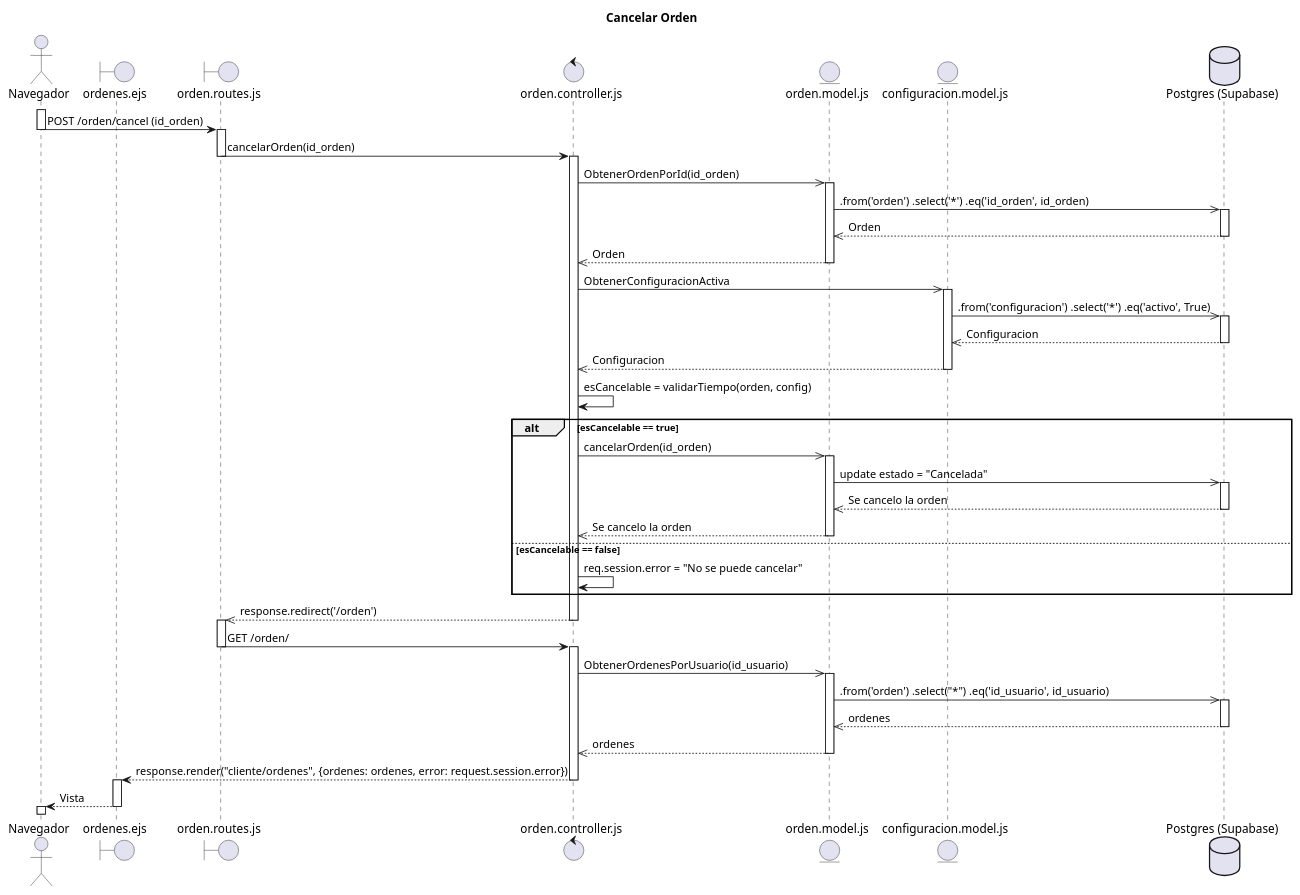
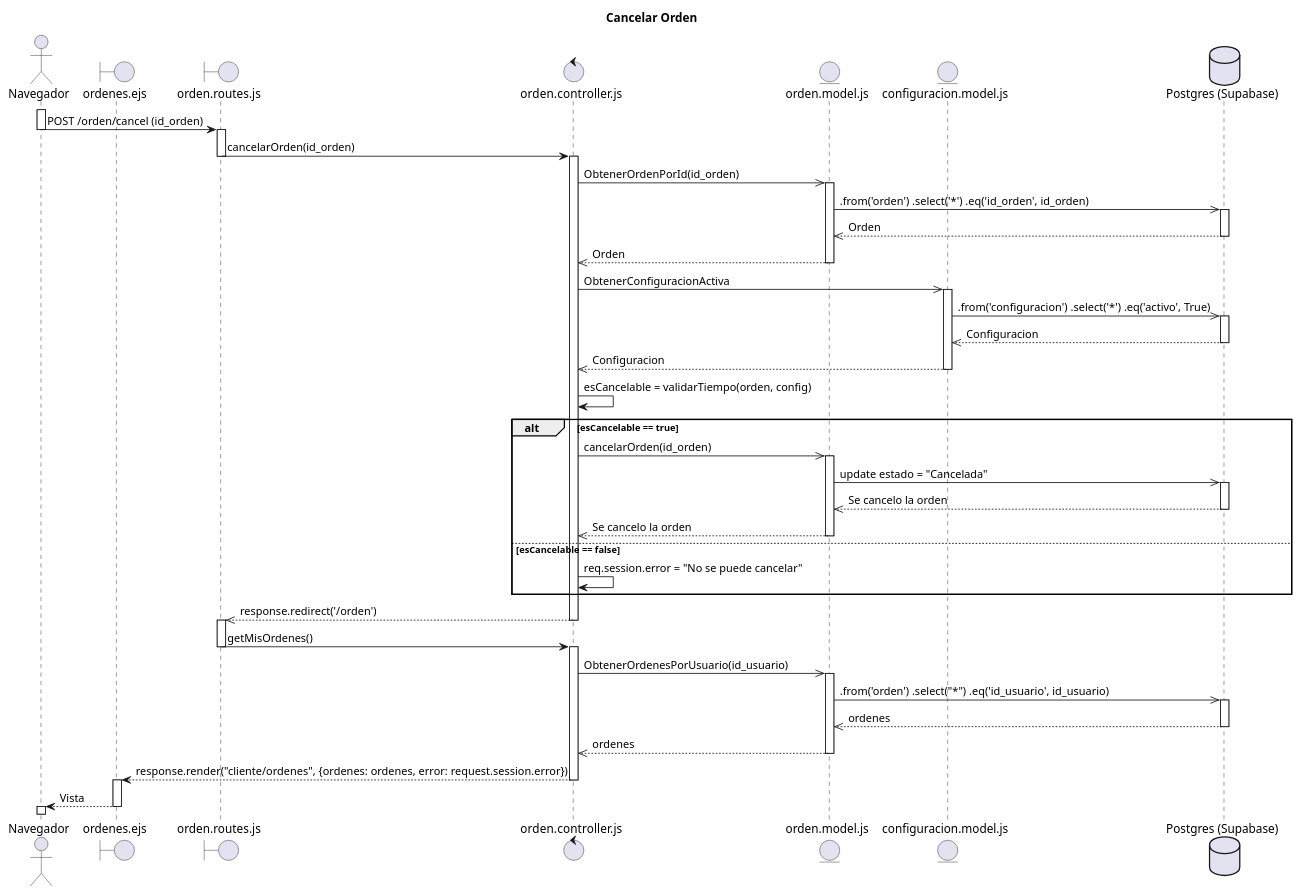
Before and after one commit to J24RM/Odysey_sistema_de_preventas: the diagram in Diagramas_Secuencia/Script/CancelarOrdenPropia.wsd, drawn with PlantUML. The commit also changed 1 other file, not shown here.

Commit message:
Se arreglo el diagrama de secuencia del CU Cancelar Orden

```diff
--- a/Diagramas_Secuencia/Script/CancelarOrdenPropia.wsd
+++ b/Diagramas_Secuencia/Script/CancelarOrdenPropia.wsd
@@ -1,73 +1,73 @@
 @startuml Agregar producto al carrito
 Title "Cancelar Orden"
 actor Navegador as nav
 boundary "ordenes.ejs" as UI
 boundary "orden.routes.js" as ruta
 control "orden.controller.js" as ctrl
 entity "orden.model.js" as model
 entity "configuracion.model.js" as model3
 database "Postgres (Supabase)" as DB
 
 activate nav
 nav -> ruta: POST /orden/cancel (id_orden)
 deactivate nav
 activate ruta
 ruta -> ctrl: cancelarOrden(id_orden)
 deactivate ruta
 activate ctrl
 ctrl ->> model: ObtenerOrdenPorId(id_orden)
 activate model
 model ->> DB: .from('orden') .select('*') .eq('id_orden', id_orden)
 activate DB
 DB -->> model: Orden
 deactivate DB
 model -->> ctrl: Orden
 deactivate model
 ctrl ->> model3: ObtenerConfiguracionActiva
 activate model3
 model3 ->> DB: .from('configuracion') .select('*') .eq('activo', True) 
 activate DB
 DB -->> model3: Configuracion
 deactivate DB
 model3 -->> ctrl: Configuracion
 deactivate model3
 
 ctrl -> ctrl: esCancelable = validarTiempo(orden, config)
 
 alt esCancelable == true
     ctrl ->> model: cancelarOrden(id_orden)
     activate model
     model ->> DB: update estado = "Cancelada"
     activate DB
     DB -->> model: Se cancelo la orden
     deactivate DB
     model -->> ctrl: Se cancelo la orden
     deactivate model
 else esCancelable == false
     ctrl -> ctrl :req.session.error = "No se puede cancelar"
 end
 ctrl -->> ruta :response.redirect('/orden')
 deactivate ctrl
 activate ruta
 
-ruta -> ctrl: GET /orden/
+ruta -> ctrl: getMisOrdenes()
 deactivate ruta
 activate ctrl
 ctrl ->> model: ObtenerOrdenesPorUsuario(id_usuario)
 activate model
 model ->> DB: .from('orden') .select("*") .eq('id_usuario', id_usuario)
 activate DB
 DB -->> model: ordenes
 deactivate DB
 model -->> ctrl: ordenes
 deactivate model
 
 
 ctrl --> UI: response.render("cliente/ordenes", {ordenes: ordenes, error: request.session.error})
 deactivate ctrl
 activate UI
 UI --> nav: Vista
 deactivate UI
 activate nav
 
 @enduml
```
